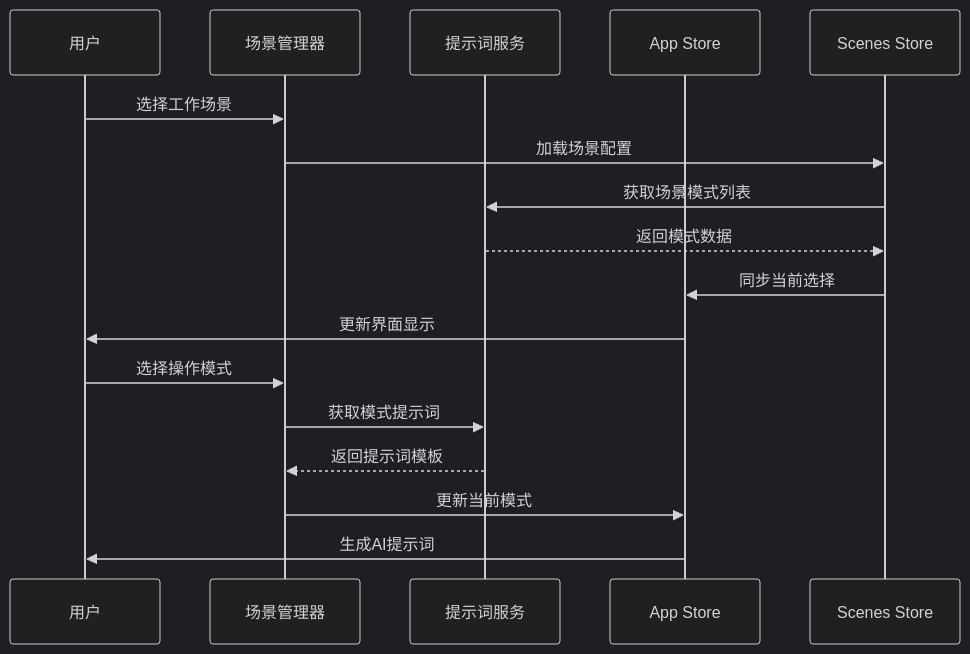
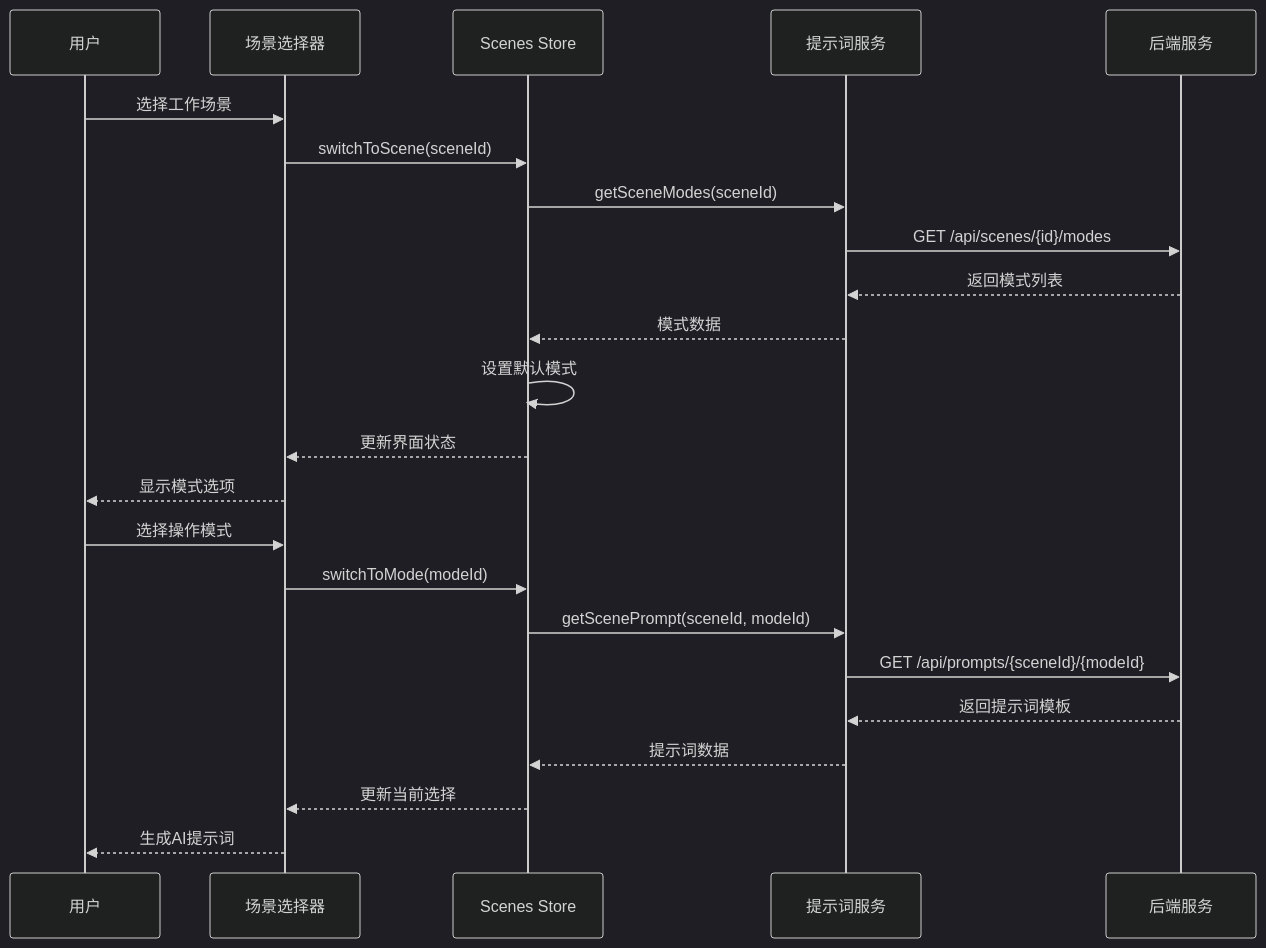
The fourth of 8 diagrams in docs/模块层/前端模块/详细分析.md (Songmengdi/mcp-feedback-collector), drawn with Mermaid (dark theme) before and after one commit. The commit also changed other lines of this file and 37 other files, not shown here.

````diff
--- a/docs/模块层/前端模块/详细分析.md
+++ b/docs/模块层/前端模块/详细分析.md
@@ -146,21 +374,27 @@
 ```mermaid
 sequenceDiagram
     participant U as 用户
-    participant SM as 场景管理器
+    participant SC as 场景选择器
+    participant SS as Scenes Store
     participant PS as 提示词服务
-    participant AS as App Store
-    participant SS as Scenes Store
+    participant Backend as 后端服务
     
-    U->>SM: 选择工作场景
-    SM->>SS: 加载场景配置
-    SS->>PS: 获取场景模式列表
-    PS-->>SS: 返回模式数据
-    SS->>AS: 同步当前选择
-    AS->>U: 更新界面显示
+    U->>SC: 选择工作场景
+    SC->>SS: switchToScene(sceneId)
+    SS->>PS: getSceneModes(sceneId)
+    PS->>Backend: GET /api/scenes/{id}/modes
+    Backend-->>PS: 返回模式列表
+    PS-->>SS: 模式数据
+    SS->>SS: 设置默认模式
+    SS-->>SC: 更新界面状态
+    SC-->>U: 显示模式选项
     
-    U->>SM: 选择操作模式
-    SM->>PS: 获取模式提示词
-    PS-->>SM: 返回提示词模板
-    SM->>AS: 更新当前模式
-    AS->>U: 生成AI提示词
+    U->>SC: 选择操作模式
+    SC->>SS: switchToMode(modeId)
+    SS->>PS: getScenePrompt(sceneId, modeId)
+    PS->>Backend: GET /api/prompts/{sceneId}/{modeId}
+    Backend-->>PS: 返回提示词模板
+    PS-->>SS: 提示词数据
+    SS-->>SC: 更新当前选择
+    SC-->>U: 生成AI提示词
 ```
````
